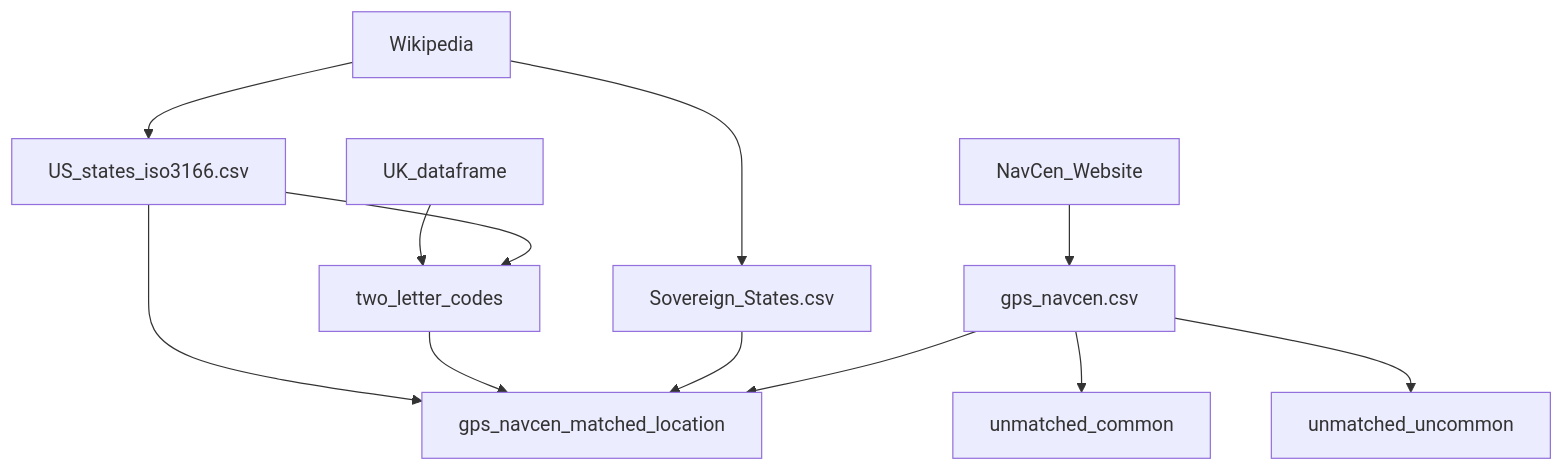
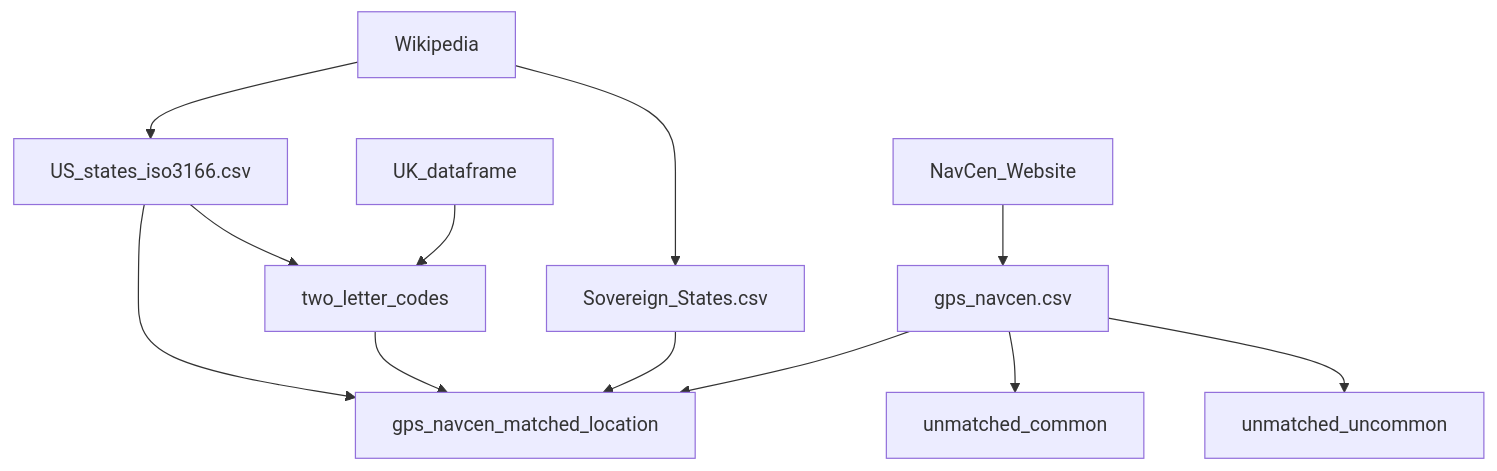
Before and after one commit to stelios-c/GPS_analysis: the diagram in README.md, drawn with Mermaid. The commit also changed other lines of this file, not shown here.

````diff
--- a/README.md
+++ b/README.md
@@ -13,14 +13,14 @@
 ```mermaid
 graph TD;
     NavCen_Website-->gps_navcen.csv;
     Wikipedia--> US_states_iso3166.csv;
     Wikipedia--> Sovereign_States.csv;
+    US_states_iso3166.csv--> two_letter_codes;
     UK_dataframe--> two_letter_codes;
-    US_states_iso3166.csv--> two_letter_codes;
     US_states_iso3166.csv-->gps_navcen_matched_location;
     two_letter_codes-->gps_navcen_matched_location;
     Sovereign_States.csv-->gps_navcen_matched_location;
     gps_navcen.csv-->gps_navcen_matched_location;
     gps_navcen.csv-->unmatched_common;
     gps_navcen.csv-->unmatched_uncommon;
  ```
````
